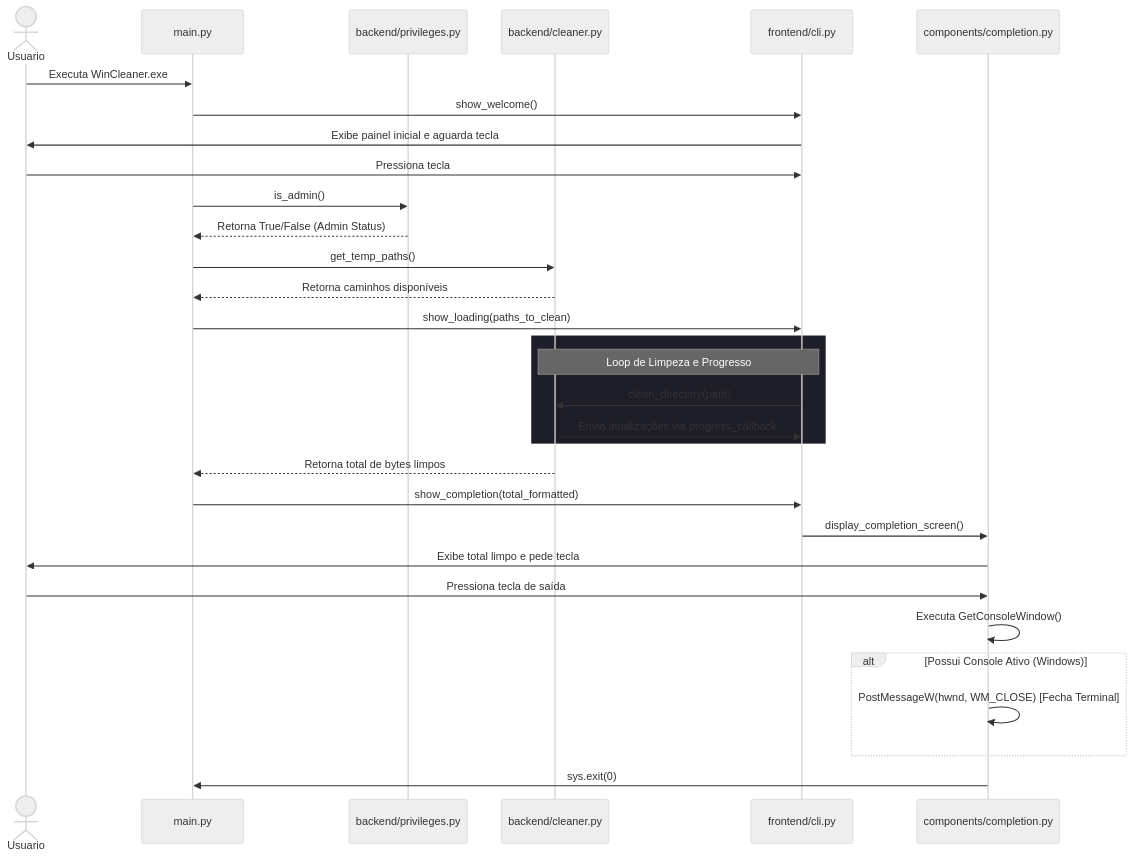
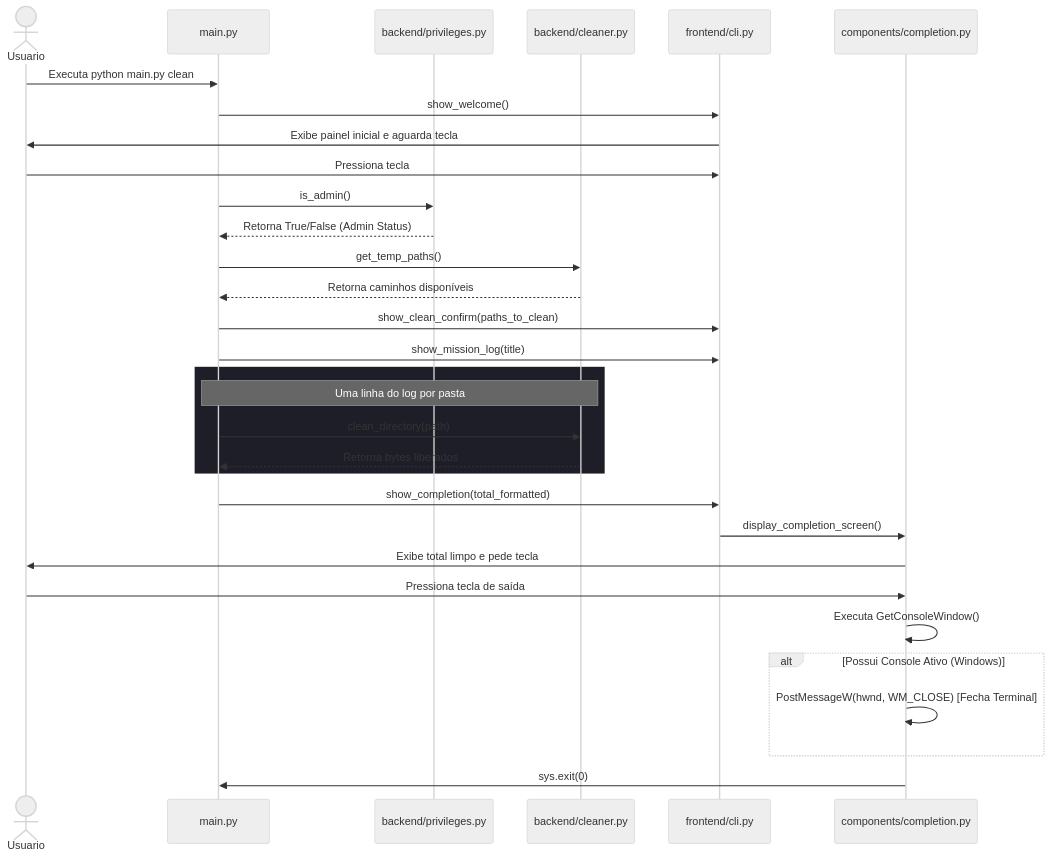
One commit to Grolla05/System_Boost changed the second of 5 diagrams in docs/funcionamento.md. Above: the diagram before and after it, drawn with Mermaid (neutral theme). The commit also changed other lines of this file and 36 other files, not shown here.

````diff
--- a/docs/funcionamento.md
+++ b/docs/funcionamento.md
@@ -117,34 +116,34 @@
 ```mermaid
 sequenceDiagram
     actor Usuario
     participant Main as main.py
     participant Privs as backend/privileges.py
     participant Cleaner as backend/cleaner.py
     participant CLI as frontend/cli.py
     participant Completion as components/completion.py
 
-    Usuario->>Main: Executa WinCleaner.exe
+    Usuario->>Main: Executa python main.py clean
     Main->>CLI: show_welcome()
     CLI->>Usuario: Exibe painel inicial e aguarda tecla
     Usuario->>CLI: Pressiona tecla
     Main->>Privs: is_admin()
     Privs-->>Main: Retorna True/False (Admin Status)
     Main->>Cleaner: get_temp_paths()
     Cleaner-->>Main: Retorna caminhos disponíveis
-    Main->>CLI: show_loading(paths_to_clean)
+    Main->>CLI: show_clean_confirm(paths_to_clean)
+    Main->>CLI: show_mission_log(title)
     rect rgb(30, 30, 40)
-        Note over CLI, Cleaner: Loop de Limpeza e Progresso
-        CLI->>Cleaner: clean_directory(path)
-        Cleaner-->>CLI: Envia atualizações via progress_callback
+        Note over Main, Cleaner: Uma linha do log por pasta
+        Main->>Cleaner: clean_directory(path)
+        Cleaner-->>Main: Retorna bytes liberados
     end
-    Cleaner-->>Main: Retorna total de bytes limpos
     Main->>CLI: show_completion(total_formatted)
     CLI->>Completion: display_completion_screen()
     Completion->>Usuario: Exibe total limpo e pede tecla
     Usuario->>Completion: Pressiona tecla de saída
     Completion->>Completion: Executa GetConsoleWindow()
     alt Possui Console Ativo (Windows)
         Completion->>Completion: PostMessageW(hwnd, WM_CLOSE) [Fecha Terminal]
     end
     Completion->>Main: sys.exit(0)
 ```
````
